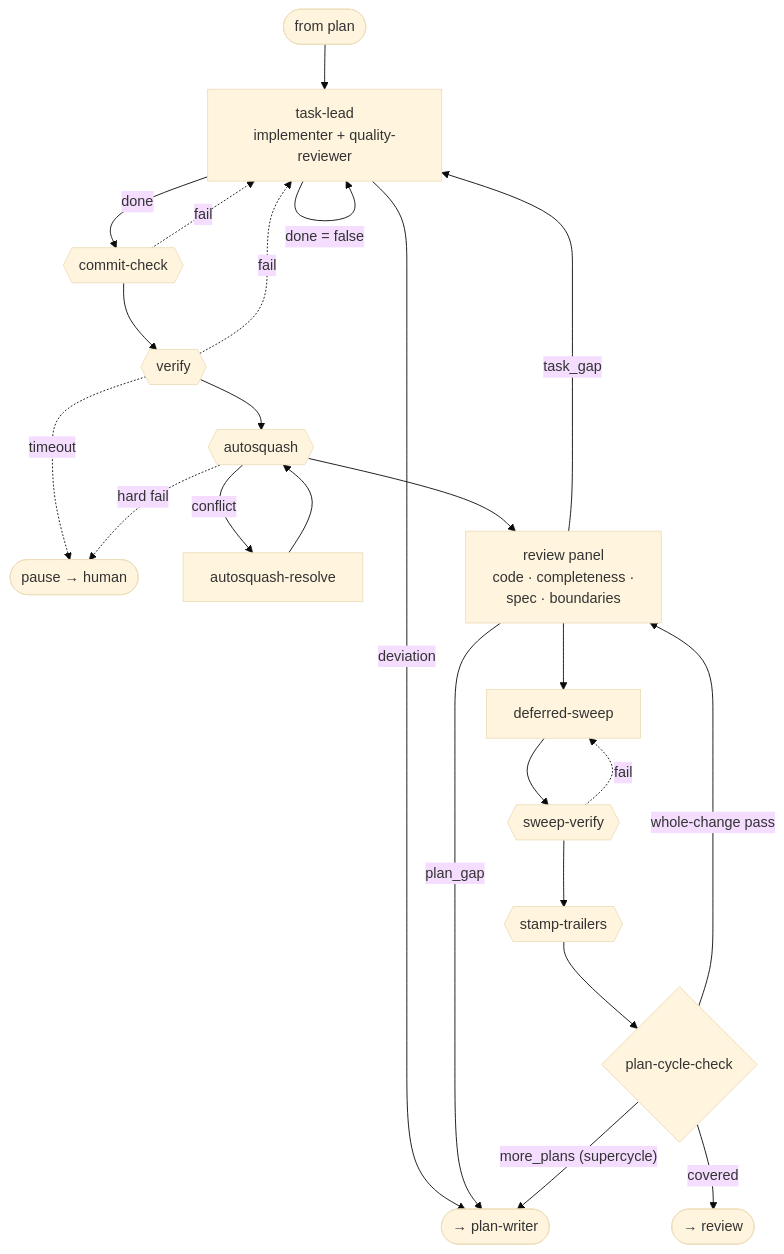
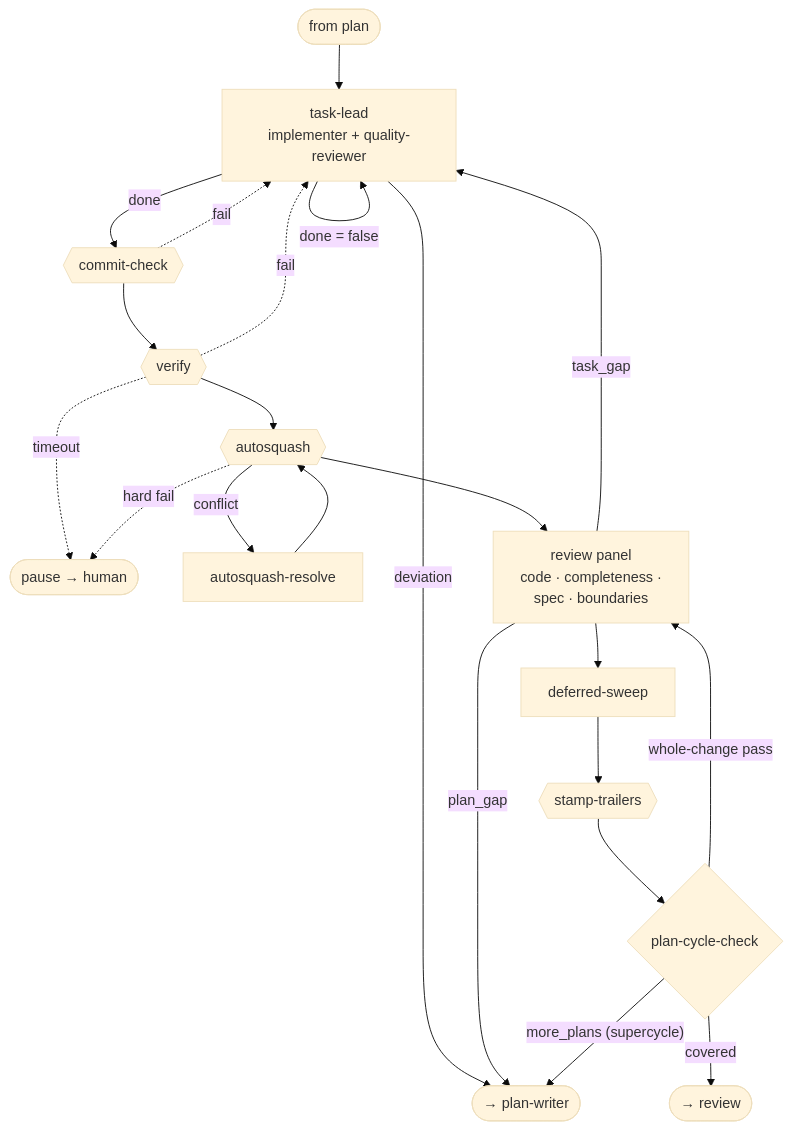
The tenth of 12 diagrams in docs/architecture.md (jpoimboe/imp), drawn with Mermaid (base theme) before and after one commit. The commit also changed 14 other files, not shown here.

First line of the commit message:
refactor: drop the redundant sweep-verify convergence gate

````diff
--- a/docs/architecture.md
+++ b/docs/architecture.md
@@ -185,26 +185,24 @@
 ```mermaid
 flowchart TD
   in([from plan]) --> TL["task-lead<br/>implementer + quality-reviewer"]
   TL -->|deviation| toplan([→ plan-writer])
   TL -->|"done = false"| TL
   TL -->|done| CC{{"commit-check"}}
   CC -. fail .-> TL
   CC --> V{{"verify"}}
   V -. fail .-> TL
   V -. "timeout" .-> HUMAN([pause → human])
   V --> AS{{"autosquash"}}
   AS -->|conflict| ASR["autosquash-resolve"]
   ASR --> AS
   AS -. "hard fail" .-> HUMAN
   AS --> RVW["review panel<br/>code · completeness ·<br/>spec · boundaries"]
   RVW -->|task_gap| TL
   RVW -->|plan_gap| toplan
   RVW --> DS["deferred-sweep"]
-  DS --> SV{{"sweep-verify"}}
-  SV -. fail .-> DS
-  SV --> ST{{"stamp-trailers"}}
+  DS --> ST{{"stamp-trailers"}}
   ST --> PCC{"plan-cycle-check"}
   PCC -->|"more_plans (supercycle)"| toplan
   PCC -->|"whole-change pass"| RVW
   PCC -->|covered| out([→ review])
 ```
````
